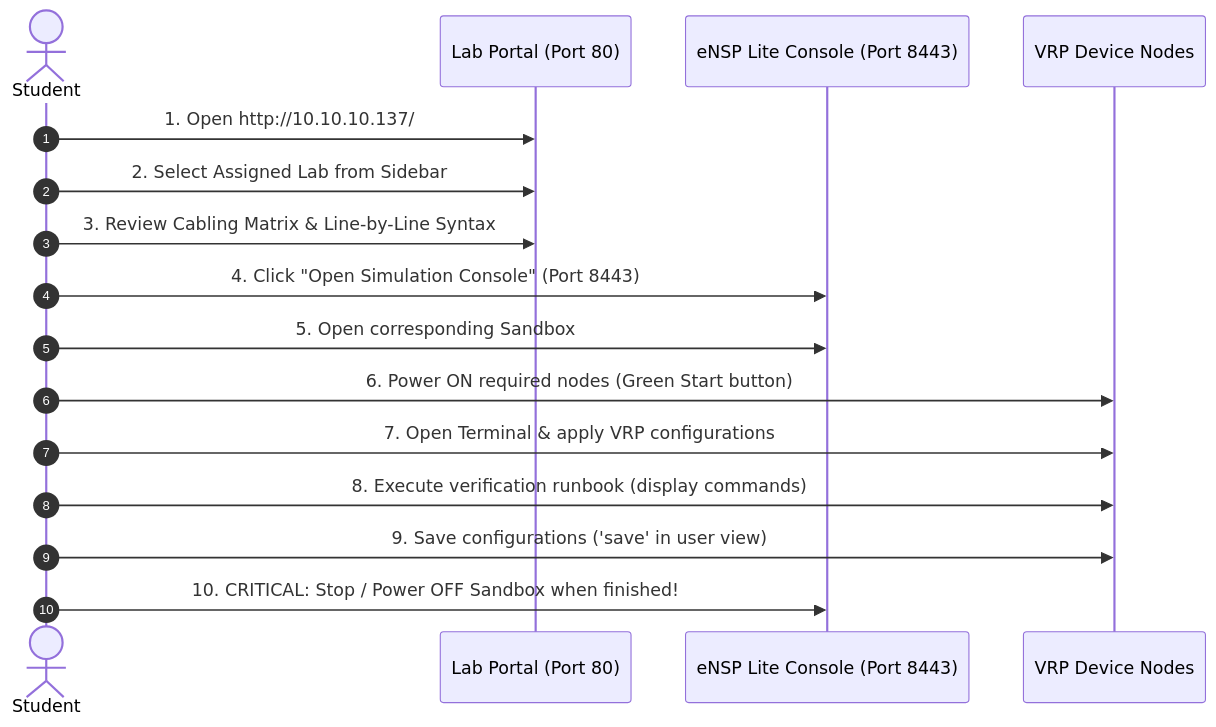
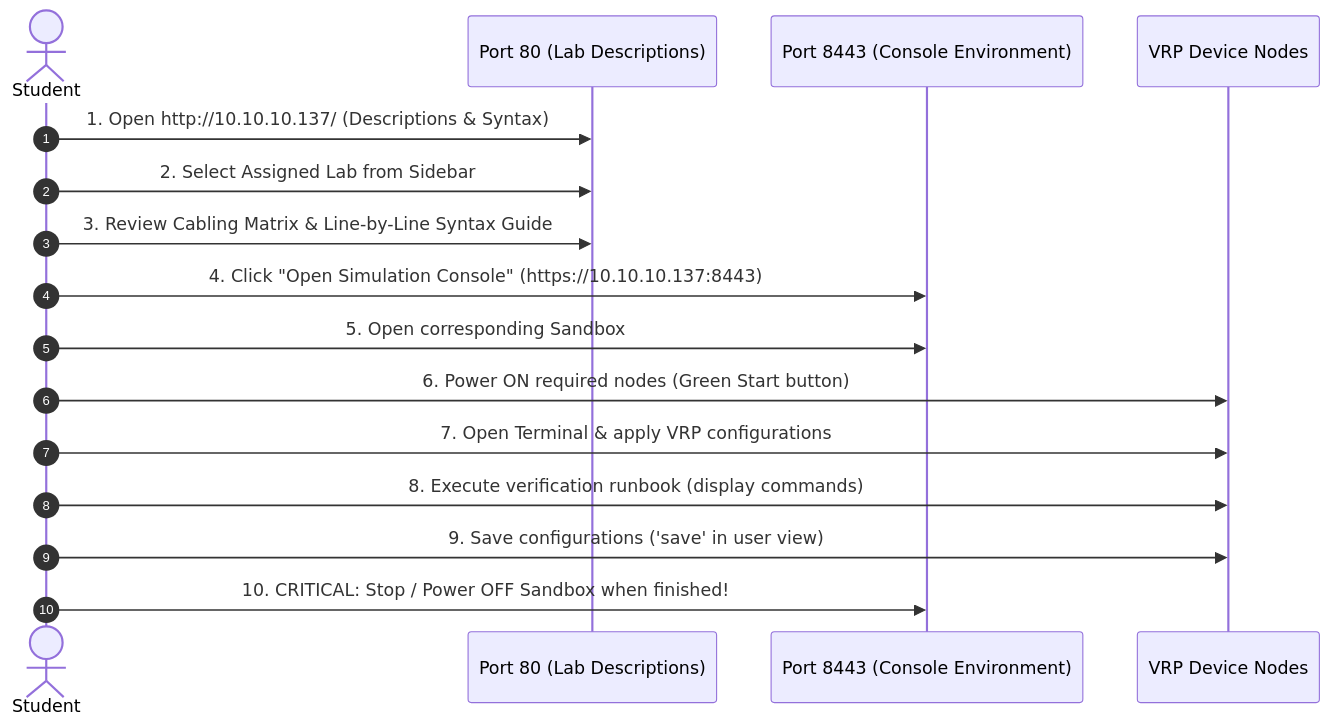
The second of 2 diagrams in STUDENT_AND_ADMIN_GUIDE.md (RaniloJohn/Huawei-ENSP-COESS), drawn with Mermaid before and after one commit. The commit also changed other lines of this file and 1 other file, not shown here.

Commit message:
docs: clarify port allocation (80 descriptions, 8443 console) and add PowerShell SSH guide

````diff
--- a/STUDENT_AND_ADMIN_GUIDE.md
+++ b/STUDENT_AND_ADMIN_GUIDE.md
@@ -79,19 +120,19 @@
 ```mermaid
 sequenceDiagram
     autonumber
     actor Student
-    participant Portal as Lab Portal (Port 80)
-    participant Console as eNSP Lite Console (Port 8443)
+    participant Portal as Port 80 (Lab Descriptions)
+    participant Console as Port 8443 (Console Environment)
     participant Node as VRP Device Nodes
 
-    Student->>Portal: 1. Open http://10.10.10.137/
+    Student->>Portal: 1. Open http://10.10.10.137/ (Descriptions & Syntax)
     Student->>Portal: 2. Select Assigned Lab from Sidebar
-    Student->>Portal: 3. Review Cabling Matrix & Line-by-Line Syntax
-    Student->>Console: 4. Click "Open Simulation Console" (Port 8443)
+    Student->>Portal: 3. Review Cabling Matrix & Line-by-Line Syntax Guide
+    Student->>Console: 4. Click "Open Simulation Console" (https://10.10.10.137:8443)
     Student->>Console: 5. Open corresponding Sandbox
     Student->>Node: 6. Power ON required nodes (Green Start button)
     Student->>Node: 7. Open Terminal & apply VRP configurations
     Student->>Node: 8. Execute verification runbook (display commands)
     Student->>Node: 9. Save configurations ('save' in user view)
     Student->>Console: 10. CRITICAL: Stop / Power OFF Sandbox when finished!
 ```
````
